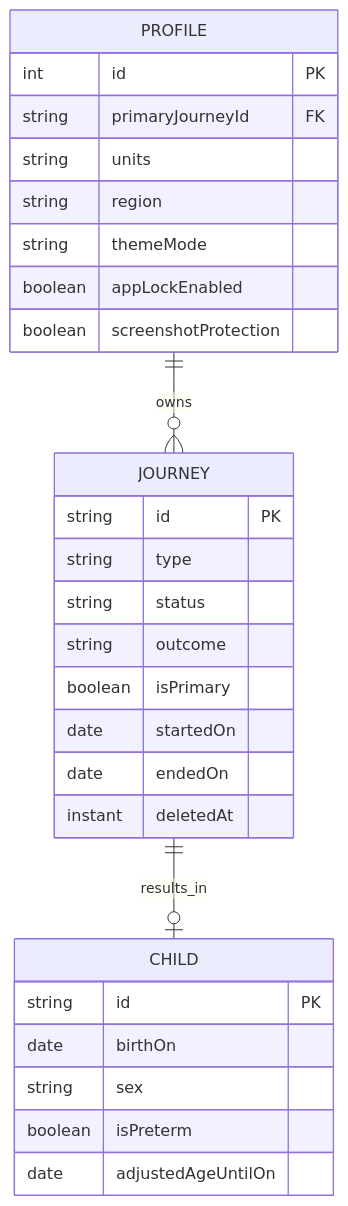
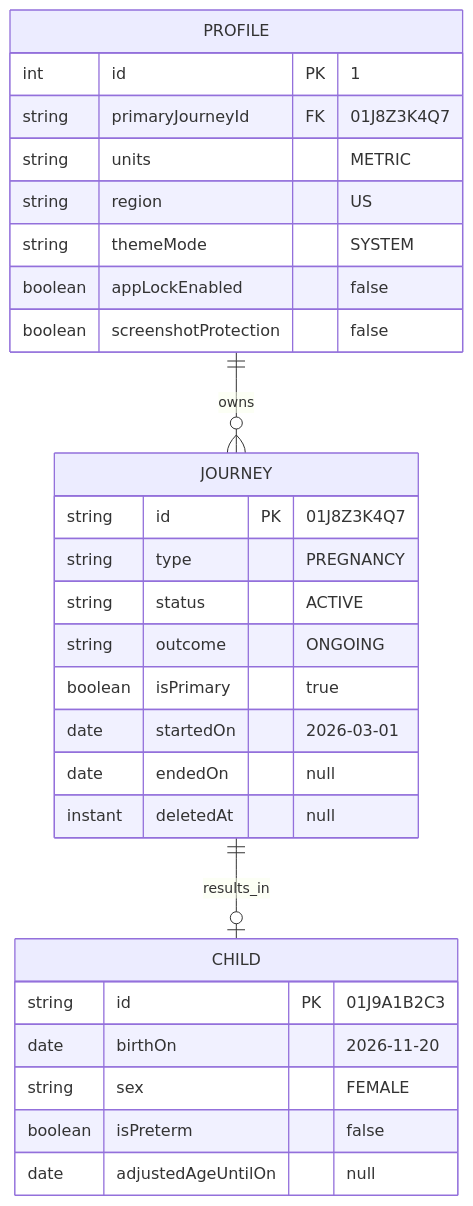
One commit to headache-sh2l/cocobean changed the first of 10 diagrams in docs/domain-model-entity-relation.md. Above: the diagram before and after it, drawn with Mermaid. The commit also changed other lines of this file, not shown here.

````diff
--- a/docs/domain-model-entity-relation.md
+++ b/docs/domain-model-entity-relation.md
@@ -36,32 +37,32 @@
 ```mermaid
 erDiagram
     PROFILE ||--o{ JOURNEY : owns
     JOURNEY ||--o| CHILD : results_in
 
     PROFILE {
-        int id PK
-        string primaryJourneyId FK
-        string units
-        string region
-        string themeMode
-        boolean appLockEnabled
-        boolean screenshotProtection
+        int id PK "1"
+        string primaryJourneyId FK "01J8Z3K4Q7"
+        string units "METRIC"
+        string region "US"
+        string themeMode "SYSTEM"
+        boolean appLockEnabled "false"
+        boolean screenshotProtection "false"
     }
     JOURNEY {
-        string id PK
-        string type
-        string status
-        string outcome
-        boolean isPrimary
-        date startedOn
-        date endedOn
-        instant deletedAt
+        string id PK "01J8Z3K4Q7"
+        string type "PREGNANCY"
+        string status "ACTIVE"
+        string outcome "ONGOING"
+        boolean isPrimary "true"
+        date startedOn "2026-03-01"
+        date endedOn "null"
+        instant deletedAt "null"
     }
     CHILD {
-        string id PK
-        date birthOn
-        string sex
-        boolean isPreterm
-        date adjustedAgeUntilOn
+        string id PK "01J9A1B2C3"
+        date birthOn "2026-11-20"
+        string sex "FEMALE"
+        boolean isPreterm "false"
+        date adjustedAgeUntilOn "null"
     }
 ```
````
